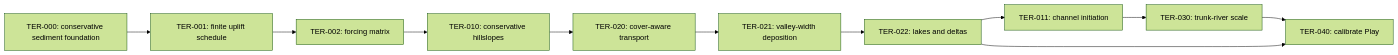
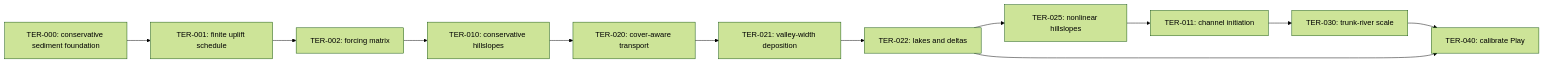
One commit to mbrock/moppe changed the diagram in planning/tracks/terrain-landforms/README.md. Above: the diagram before and after it, drawn with Mermaid (forest theme). The commit also changed other lines of this file and 25 other files, not shown here.

````diff
--- a/planning/tracks/terrain-landforms/README.md
+++ b/planning/tracks/terrain-landforms/README.md
@@ -9,17 +9,18 @@
 ```mermaid
 flowchart LR
   TER000["TER-000: conservative sediment foundation"]
   TER001["TER-001: finite uplift schedule"]
   TER002["TER-002: forcing matrix"]
   TER010["TER-010: conservative hillslopes"]
   TER011["TER-011: channel initiation"]
   TER020["TER-020: cover-aware transport"]
   TER021["TER-021: valley-width deposition"]
   TER022["TER-022: lakes and deltas"]
+  TER025["TER-025: nonlinear hillslopes"]
   TER030["TER-030: trunk-river scale"]
   TER040["TER-040: calibrate Play"]
 
   TER000 --> TER001 --> TER002 --> TER010 --> TER020 --> TER021
-  TER021 --> TER022 --> TER011 --> TER030 --> TER040
+  TER021 --> TER022 --> TER025 --> TER011 --> TER030 --> TER040
   TER022 --> TER040
 ```
````
